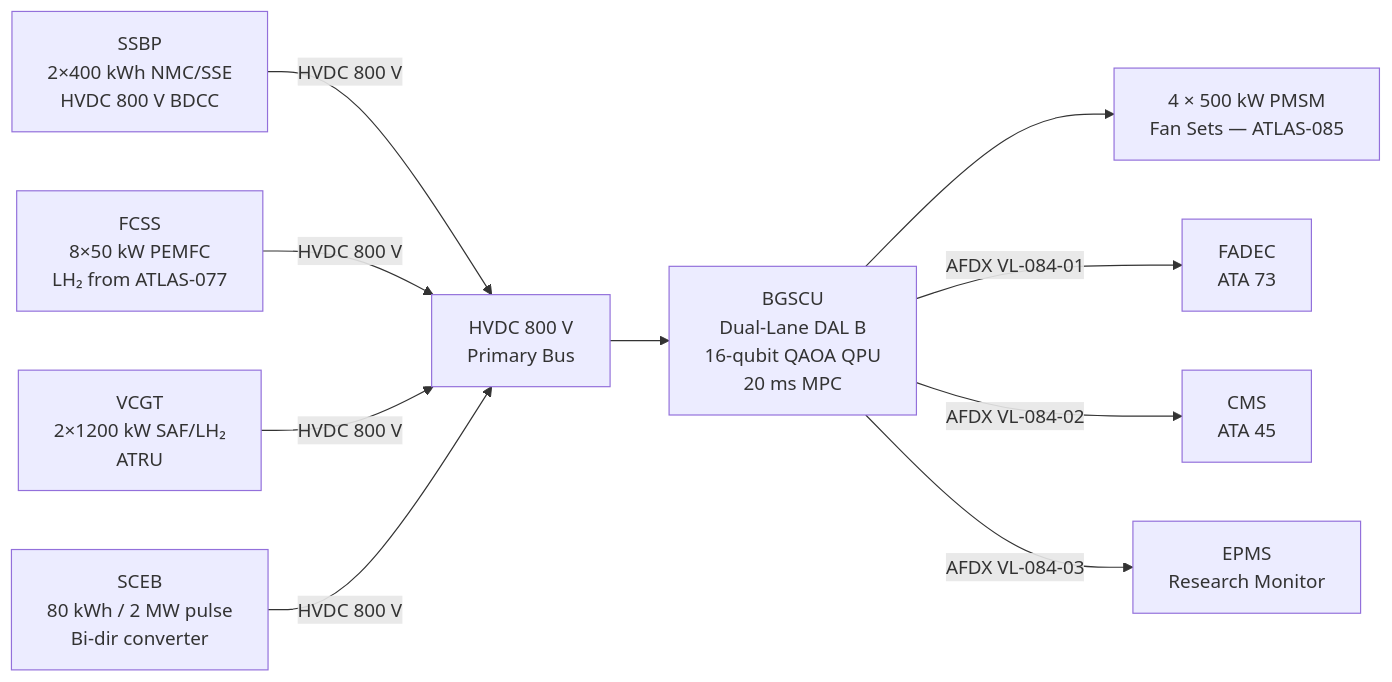
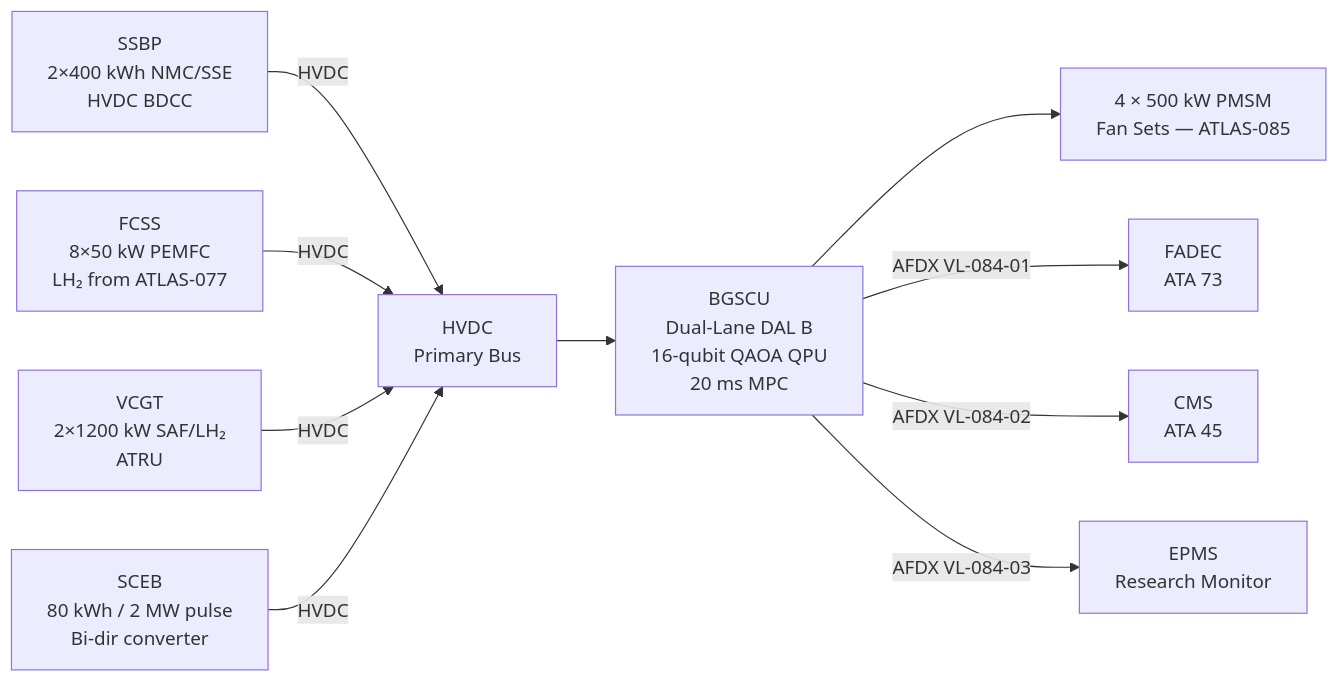
One commit to AmedeoPelliccia/Qplus-For-All-Queer-People-and-Quantum changed the first of 2 diagrams in Q+ATLANTIDE/000-099_ATLAS/080-089_Propulsion-Alternativa-y-Cuantica/084_Hybrid-Architectures-Beyond-Gen-2/084-000-Hybrid-Architectures-Beyond-Gen-2-General.md. Above: the diagram before and after it, drawn with Mermaid. The commit also changed other lines of this file and 676 other files, not shown here.

````diff
--- a/Q+ATLANTIDE/000-099_ATLAS/080-089_Propulsion-Alternativa-y-Cuantica/084_Hybrid-Architectures-Beyond-Gen-2/084-000-Hybrid-Architectures-Beyond-Gen-2-General.md
+++ b/Q+ATLANTIDE/000-099_ATLAS/080-089_Propulsion-Alternativa-y-Cuantica/084_Hybrid-Architectures-Beyond-Gen-2/084-000-Hybrid-Architectures-Beyond-Gen-2-General.md
@@ -101,12 +98,12 @@
 ```mermaid
 flowchart LR
-    SSBP[SSBP\n2×400 kWh NMC/SSE\nHVDC 800 V BDCC] -->|HVDC 800 V| BUS
-    FCSS[FCSS\n8×50 kW PEMFC\nLH₂ from ATLAS-077] -->|HVDC 800 V| BUS
-    VCGT[VCGT\n2×1200 kW SAF/LH₂\nATRU] -->|HVDC 800 V| BUS
-    SCEB[SCEB\n80 kWh / 2 MW pulse\nBi-dir converter] -->|HVDC 800 V| BUS
-    BUS[HVDC 800 V\nPrimary Bus] --> BGSCU
+    SSBP[SSBP\n2×400 kWh NMC/SSE\nHVDC <NOMINAL-VOLTAGE> BDCC] -->|HVDC <NOMINAL-VOLTAGE>| BUS
+    FCSS[FCSS\n8×50 kW PEMFC\nLH₂ from ATLAS-077] -->|HVDC <NOMINAL-VOLTAGE>| BUS
+    VCGT[VCGT\n2×1200 kW SAF/LH₂\nATRU] -->|HVDC <NOMINAL-VOLTAGE>| BUS
+    SCEB[SCEB\n80 kWh / 2 MW pulse\nBi-dir converter] -->|HVDC <NOMINAL-VOLTAGE>| BUS
+    BUS[HVDC <NOMINAL-VOLTAGE>\nPrimary Bus] --> BGSCU
     BGSCU[BGSCU\nDual-Lane DAL B\n16-qubit QAOA QPU\n20 ms MPC] --> PMSM[4 × 500 kW PMSM\nFan Sets — ATLAS-085]
     BGSCU -->|AFDX VL-084-01| FADEC[FADEC\nATA 73]
     BGSCU -->|AFDX VL-084-02| CMS[CMS\nATA 45]
     BGSCU -->|AFDX VL-084-03| EPMS[EPMS\nResearch Monitor]
 ```
````
